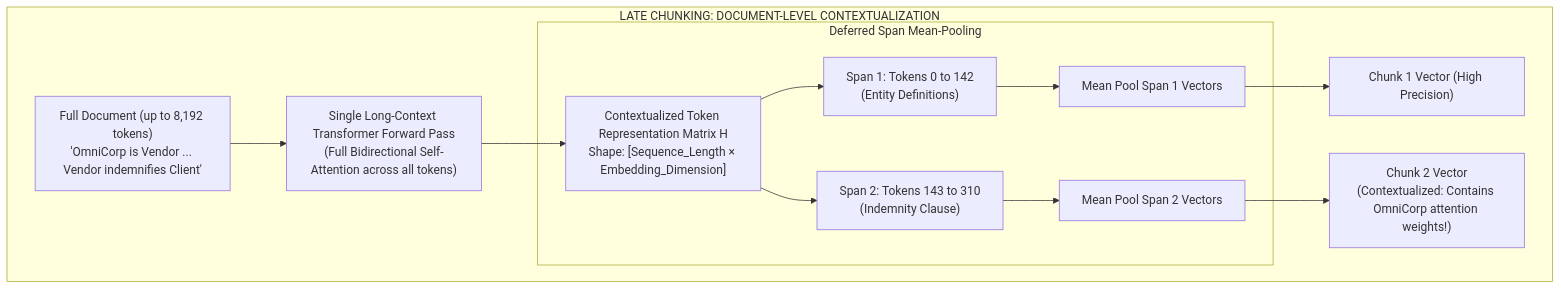
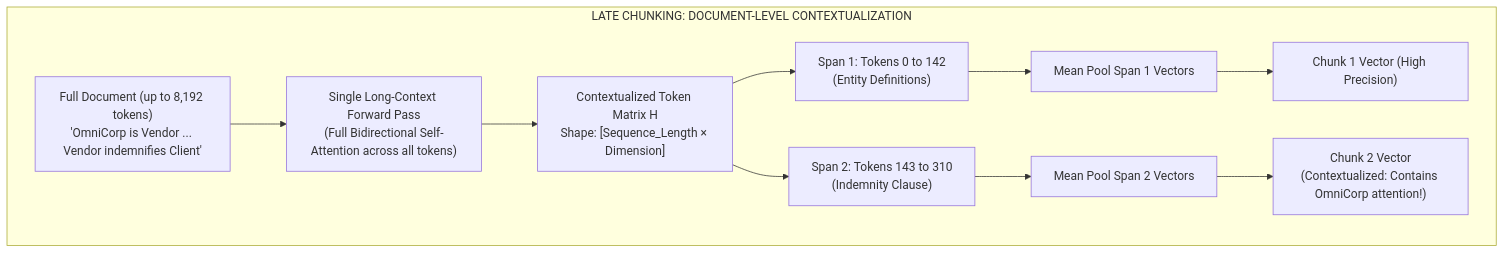
The second of 2 diagrams in 02-rag-and-knowledge-systems/02-late-chunking-deep-dive.md (dip4k/senior-engineer-to-ai-engineer-roadmap), drawn with Mermaid before and after one commit. The commit also changed other lines of this file and 10 other files, not shown here.

````diff
--- a/02-rag-and-knowledge-systems/02-late-chunking-deep-dive.md
+++ b/02-rag-and-knowledge-systems/02-late-chunking-deep-dive.md
@@ -85,20 +90,17 @@
 ```mermaid
 flowchart TD
     subgraph Late_Chunking["LATE CHUNKING: DOCUMENT-LEVEL CONTEXTUALIZATION"]
         Doc["Full Document (up to 8,192 tokens)<br>'OmniCorp is Vendor ... Vendor indemnifies Client'"]
-        Doc --> FullEncoder["Single Long-Context Transformer Forward Pass<br>(Full Bidirectional Self-Attention across all tokens)"]
-        FullEncoder --> TokenMatrix["Contextualized Token Representation Matrix H<br>Shape: [Sequence_Length × Embedding_Dimension]"]
+        Doc --> FullEncoder["Single Long-Context Forward Pass<br>(Full Bidirectional Self-Attention across all tokens)"]
+        FullEncoder --> TokenMatrix["Contextualized Token Matrix H<br>Shape: [Sequence_Length × Dimension]"]
         
-        subgraph Span_Pooling["Deferred Span Mean-Pooling"]
-            Span1["Span 1: Tokens 0 to 142<br>(Entity Definitions)"]
-            Span2["Span 2: Tokens 143 to 310<br>(Indemnity Clause)"]
-            TokenMatrix --> Span1
-            TokenMatrix --> Span2
-            Span1 --> Pool1["Mean Pool Span 1 Vectors"]
-            Span2 --> Pool2["Mean Pool Span 2 Vectors"]
-        end
+        TokenMatrix --> Span1["Span 1: Tokens 0 to 142<br>(Entity Definitions)"]
+        TokenMatrix --> Span2["Span 2: Tokens 143 to 310<br>(Indemnity Clause)"]
+        
+        Span1 --> Pool1["Mean Pool Span 1 Vectors"]
+        Span2 --> Pool2["Mean Pool Span 2 Vectors"]
         
         Pool1 --> Vec1["Chunk 1 Vector (High Precision)"]
-        Pool2 --> Vec2["Chunk 2 Vector<br>(Contextualized: Contains OmniCorp attention weights!)"]
+        Pool2 --> Vec2["Chunk 2 Vector<br>(Contextualized: Contains OmniCorp attention!)"]
     end
 ```
````
